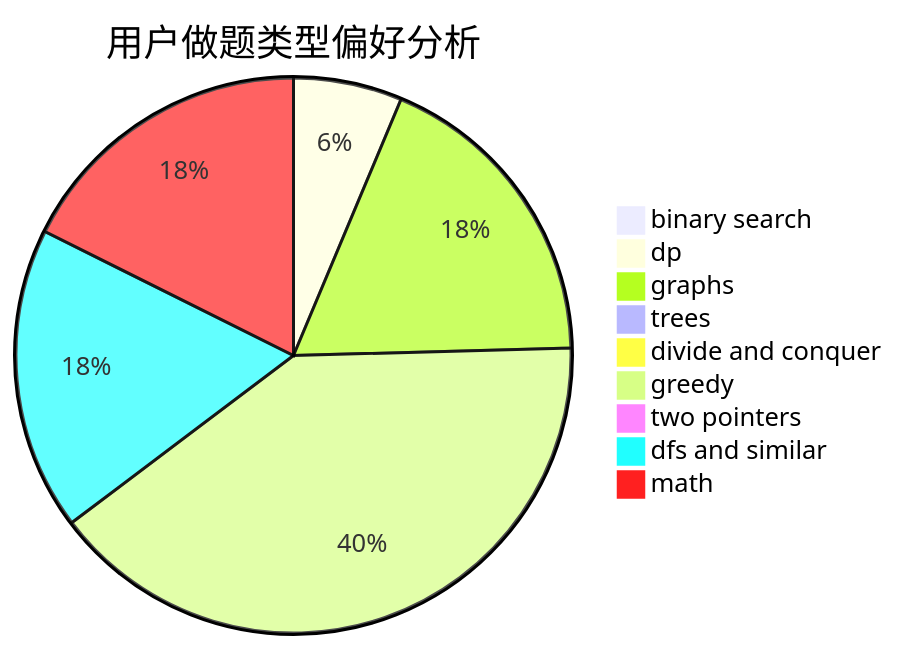
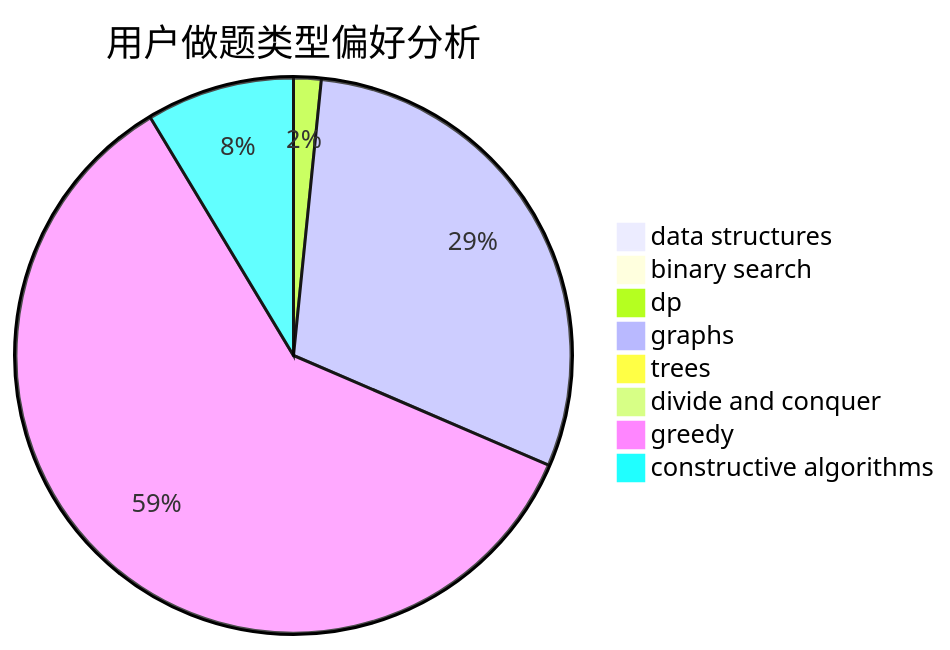
Before and after one commit to sherpahu/cfrs.github.io: the second of 3 diagrams in docs/user/u1238.md, drawn with Mermaid. The commit also changed other lines of this file and 2775 other files, not shown here.

````diff
--- a/docs/user/u1238.md
+++ b/docs/user/u1238.md
@@ -23,12 +23,11 @@
 ```mermaid
 pie title 用户做题类型偏好分析
+    "data structures" :  4
     "binary search" :  2
-    "dp" :  52
-    "graphs" :  150
+    "dp" :  8
+    "graphs" :  149
     "trees" :  1
     "divide and conquer" :  1
-    "greedy" :  330
-    "two pointers" :  0
-    "dfs and similar" :  145
-    "math" :  145
+    "greedy" :  299
+    "constructive algorithms" :  43
 ```
````
